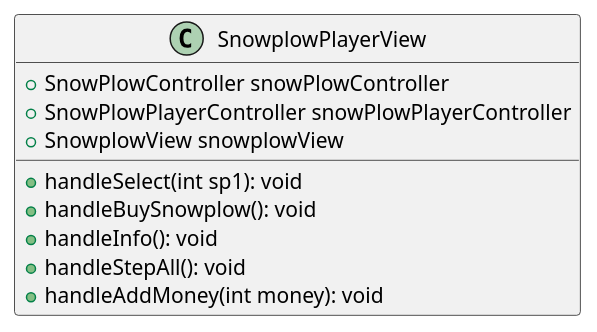
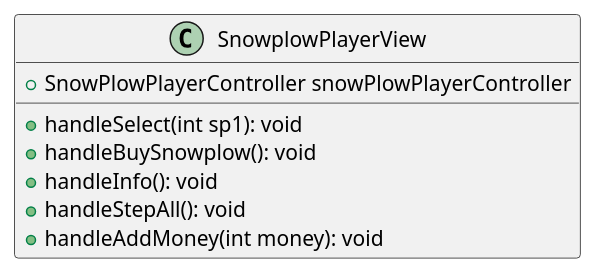
The diagram in docs/graphics/class/SnowPlowPlayerView.plantuml (uhrinandor/spring), drawn with PlantUML before and after one commit. The commit also changed 7 other files, not shown here.

```diff
--- a/docs/graphics/class/SnowPlowPlayerView.plantuml
+++ b/docs/graphics/class/SnowPlowPlayerView.plantuml
@@ -1,11 +1,9 @@
 class SnowplowPlayerView{
-    + SnowPlowController snowPlowController
     + SnowPlowPlayerController snowPlowPlayerController
-    + SnowplowView snowplowView
 
     + handleSelect(int sp1): void
     + handleBuySnowplow(): void
     + handleInfo(): void
     + handleStepAll(): void
     + handleAddMoney(int money): void
 }
```
